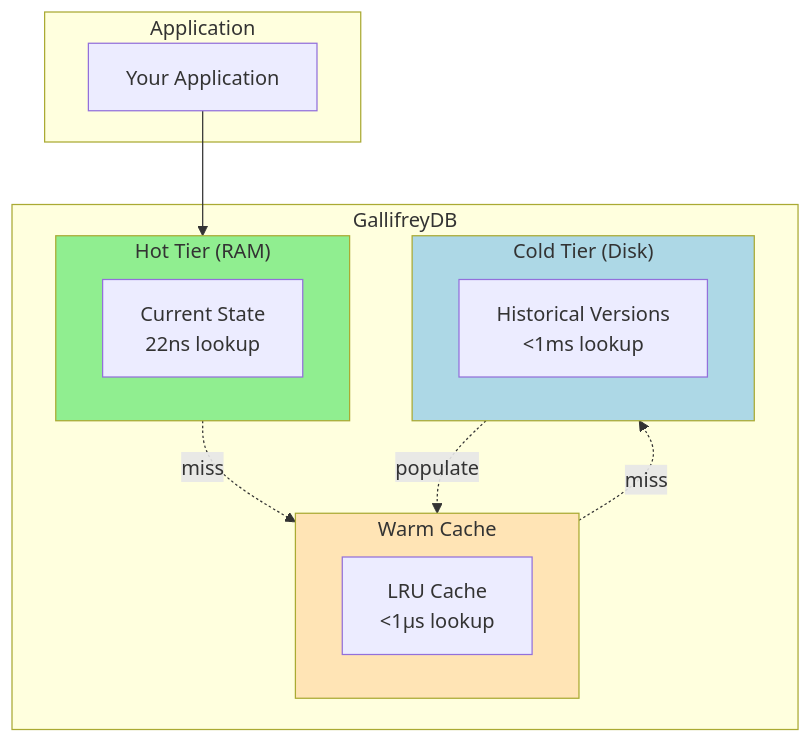
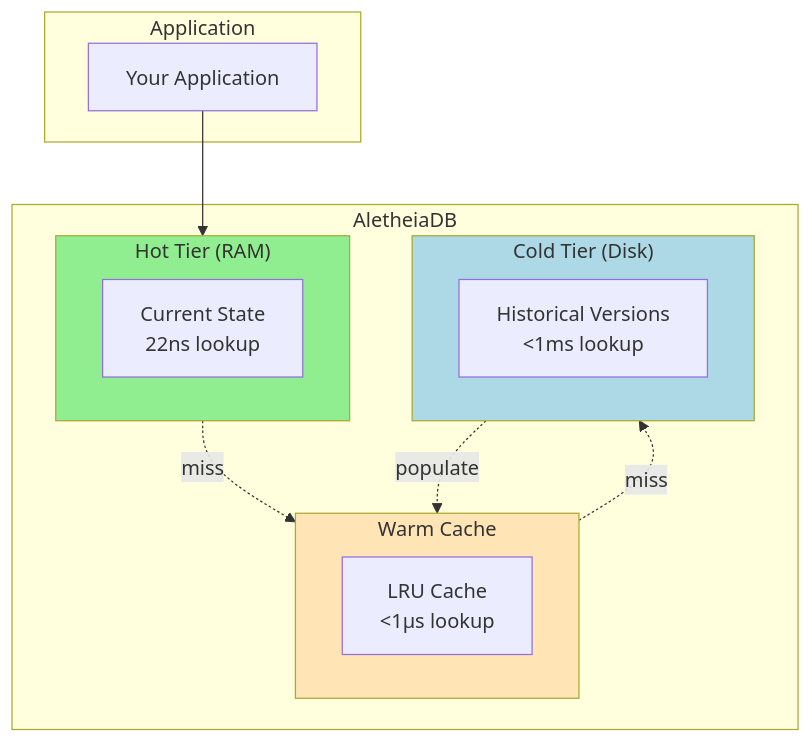
The first of 3 diagrams in docs/guides/tiered-storage-guide.md (autumn-foundation/AletheiaDB), drawn with Mermaid before and after one commit. The commit also changed other lines of this file and 316 other files, not shown here.

First line of the commit message:
refactor: Rename project from GallifreyDB to AletheiaDB

````diff
--- a/docs/guides/tiered-storage-guide.md
+++ b/docs/guides/tiered-storage-guide.md
@@ -12,29 +12,29 @@
 ```mermaid
 flowchart TB
     subgraph Application
         Query["Your Application"]
     end
 
-    subgraph GallifreyDB
+    subgraph AletheiaDB
         subgraph Hot["Hot Tier (RAM)"]
             Current["Current State<br/>22ns lookup"]
         end
 
         subgraph Warm["Warm Cache"]
             Cache["LRU Cache<br/><1μs lookup"]
         end
 
         subgraph Cold["Cold Tier (Disk)"]
             History["Historical Versions<br/><1ms lookup"]
         end
     end
 
     Query --> Hot
     Hot -.->|"miss"| Warm
     Warm -.->|"miss"| Cold
     Cold -.->|"populate"| Warm
 
     style Hot fill:#90EE90
     style Warm fill:#FFE4B5
     style Cold fill:#ADD8E6
 ```
````
